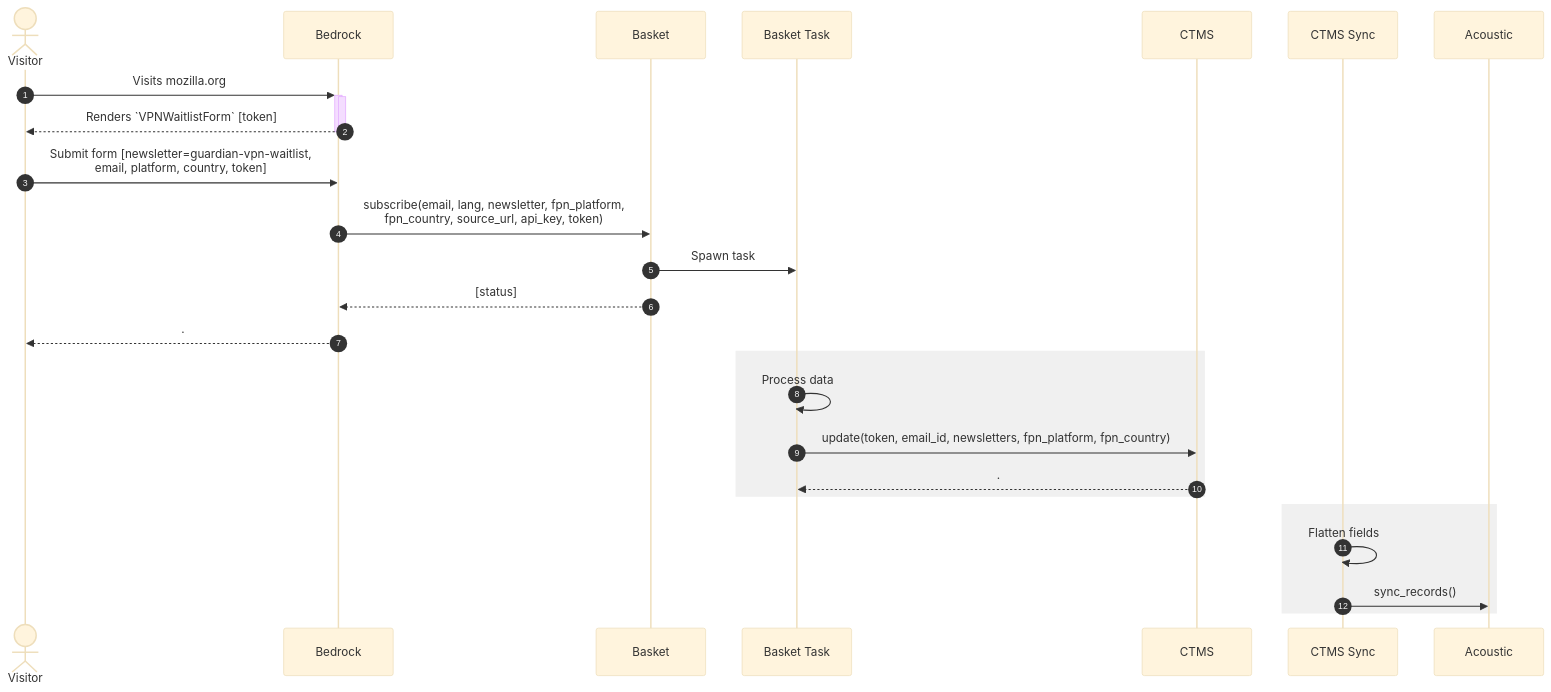
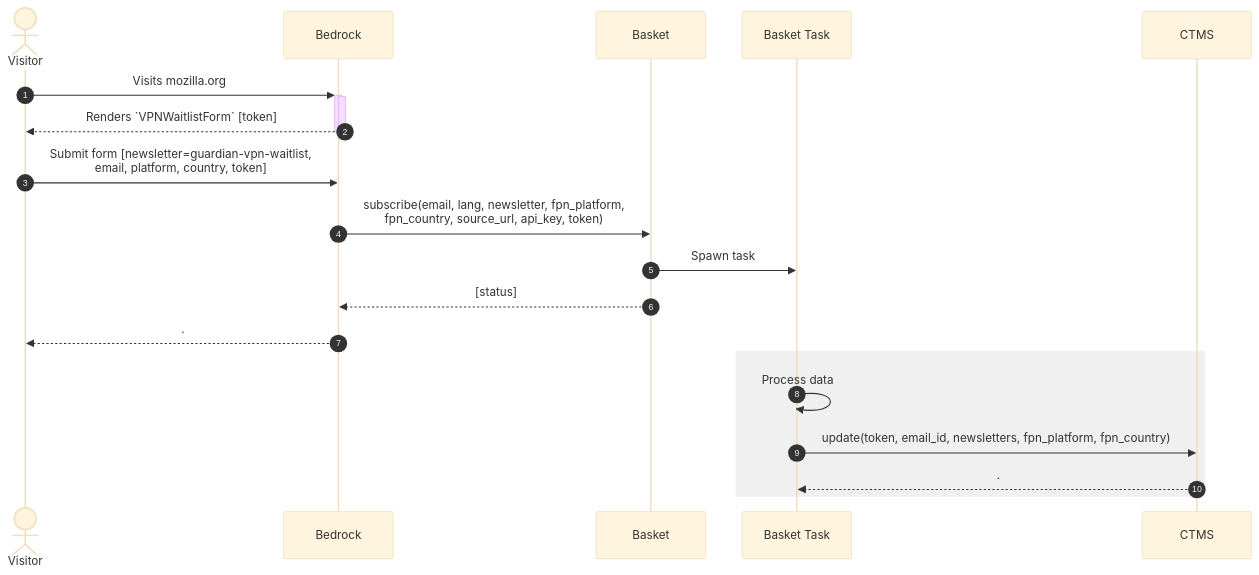
The diagram in docs/diagrams/bedrock_basket_ctms_acoustic.md (mozilla-it/ctms-api), drawn with Mermaid (base theme) before and after one commit. The commit also changed other lines of this file and 33 other files, not shown here.

Commit message:
Remove all Acoustic / background sync code

````diff
--- a/docs/diagrams/bedrock_basket_ctms_acoustic.md
+++ b/docs/diagrams/bedrock_basket_ctms_acoustic.md
@@ -15,41 +8,33 @@
 ```mermaid
 sequenceDiagram
     autonumber
     actor Visitor
     Visitor->>+Bedrock: Visits mozilla.org
     activate Bedrock
     Bedrock-->>-Visitor: Renders `VPNWaitlistForm` [token]
     deactivate Bedrock
 
     Visitor->>Bedrock: Submit form [newsletter=guardian-vpn-waitlist,<br> email, platform, country, token]
     %% https://github.com/mozilla/bedrock/blob/ecba76406ed35c04d35532c3ed7562b09d65fabe/bedrock/products/forms.py#L10
     %% https://github.com/mozilla/bedrock/blob/ef4d73603bdd914e327232f2c66e3e93be32f2a4/bedrock/products/templates/products/vpn/invite.html#L31
 
     Bedrock->>Basket: subscribe(email, lang, newsletter, fpn_platform, <br> fpn_country, source_url, api_key, token)
     %% https://github.com/mozilla/bedrock/blob/ecba76406ed35c04d35532c3ed7562b09d65fabe/bedrock/products/views.py#L68-L87
 
     Basket->>Basket Task: Spawn task
     %% https://github.com/mozmeao/basket/blob/2023-07-06/basket/news/views.py#L681
 
     Basket-->>Bedrock: [status]
     Bedrock-->>Visitor: .
 
     rect rgb(240,240,240)
     Basket Task->>Basket Task: Process data
     %% https://github.com/mozmeao/basket/blob/2023-07-06/basket/news/backends/ctms.py#L263
 
     Basket Task->>CTMS: update(token, email_id, newsletters, fpn_platform, fpn_country)
     %% https://github.com/mozmeao/basket/blob/2023-07-06/basket/news/tasks.py#L401
     %% https://github.com/mozilla-it/ctms-api/blob/v2.1.0/ctms/crud.py#L579
 
     CTMS-->>Basket Task: .
     end
-
-    rect rgb(240,240,240)
-    CTMS Sync->>CTMS Sync: Flatten fields
-    %% https://github.com/mozilla-it/ctms-api/blob/v2.1.0/ctms/acoustic_service.py#L141
-
-    CTMS Sync->>Acoustic: sync_records()
-    %% https://github.com/mozilla-it/ctms-api/blob/v2.1.0/ctms/bin/acoustic_sync.py
-    end
 ```
````
